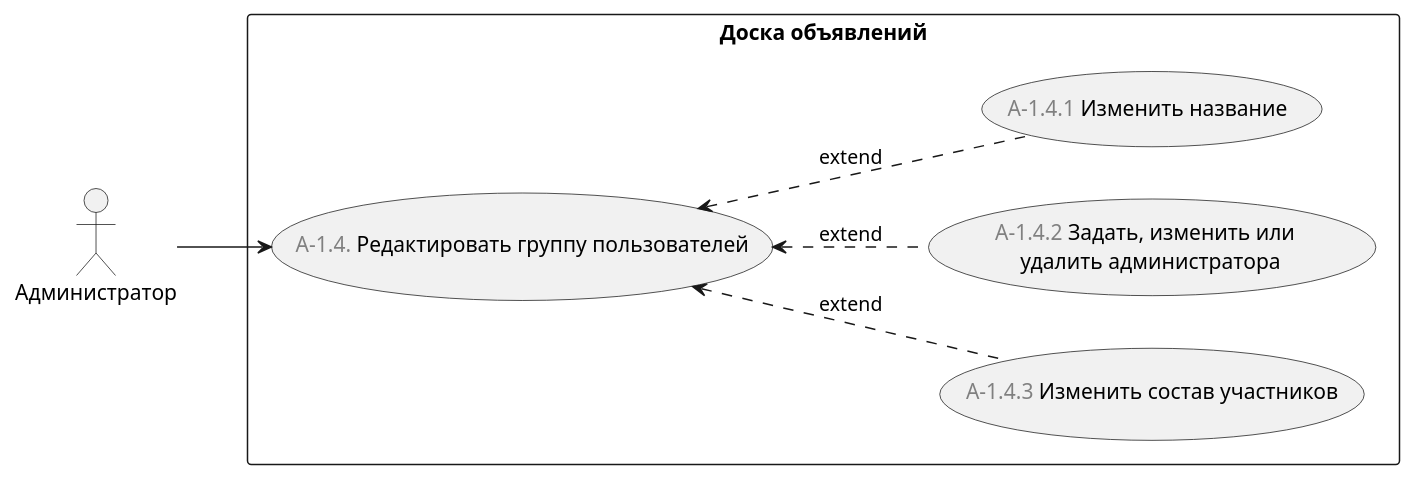
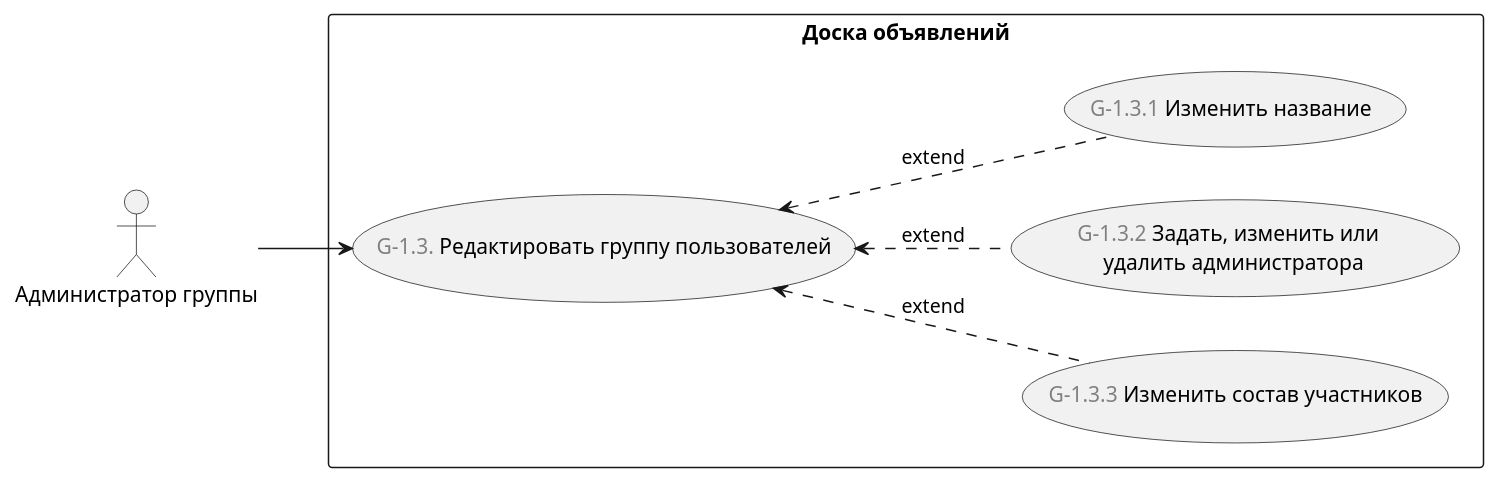
One commit to astu-app/ASTU-Bulletin-Board-Server changed the diagram in doc/диаграммы/варианты-использования/редактировать-группу-пользователей.puml. Above: the diagram before and after it, drawn with PlantUML. The commit also changed 8 other files, not shown here.

Commit message:
слегка переработал систему ролей в соответствии с требованиями заказчика - передал управление группами пользователей от администратора системы администратору группы

```diff
--- a/doc/диаграммы/варианты-использования/редактировать-группу-пользователей.puml
+++ b/doc/диаграммы/варианты-использования/редактировать-группу-пользователей.puml
@@ -1,17 +1,17 @@
 @startuml
 'https://plantuml.com/use-case-diagram
 
 left to right direction
 
-:Администратор: as admin
+:Администратор группы: as admin
 
 rectangle "Доска объявлений" {
-    (<font color="gray">A-1.4.</font> Редактировать группу пользователей) as edit_usergroup
+    (<font color="gray">G-1.3.</font> Редактировать группу пользователей) as edit_usergroup
     admin --> edit_usergroup
     
-    edit_usergroup <.. (<font color="gray">A-1.4.3</font> Изменить состав участников) : extend
-    edit_usergroup <.. (<font color="gray">A-1.4.2</font> Задать, изменить или \n удалить администратора) : extend
-    edit_usergroup <.. (<font color="gray">A-1.4.1</font> Изменить название) : extend
+    edit_usergroup <.. (<font color="gray">G-1.3.3</font> Изменить состав участников) : extend
+    edit_usergroup <.. (<font color="gray">G-1.3.2</font> Задать, изменить или \n удалить администратора) : extend
+    edit_usergroup <.. (<font color="gray">G-1.3.1</font> Изменить название) : extend
 }
 
 @enduml
```
